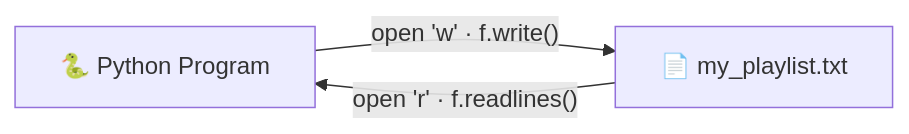
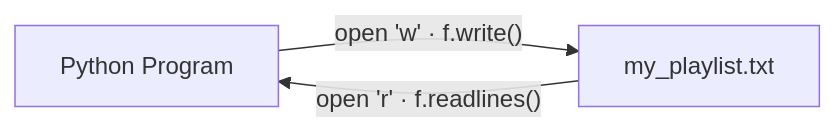
One commit to mnckapilan/python-music-workshop changed the seventh of 7 diagrams in slides/slides.md. Above: the diagram before and after it, drawn with Mermaid. The commit also changed other lines of this file and 2 other files, not shown here.

````diff
--- a/slides/slides.md
+++ b/slides/slides.md
@@ -455,5 +480,5 @@
 ```mermaid
 graph LR
-  A["🐍 Python Program"] -->|"open 'w' · f.write()"| B["📄 my_playlist.txt"]
+  A["Python Program"] -->|"open 'w' · f.write()"| B["my_playlist.txt"]
   B -->|"open 'r' · f.readlines()"| A
 ```
````
